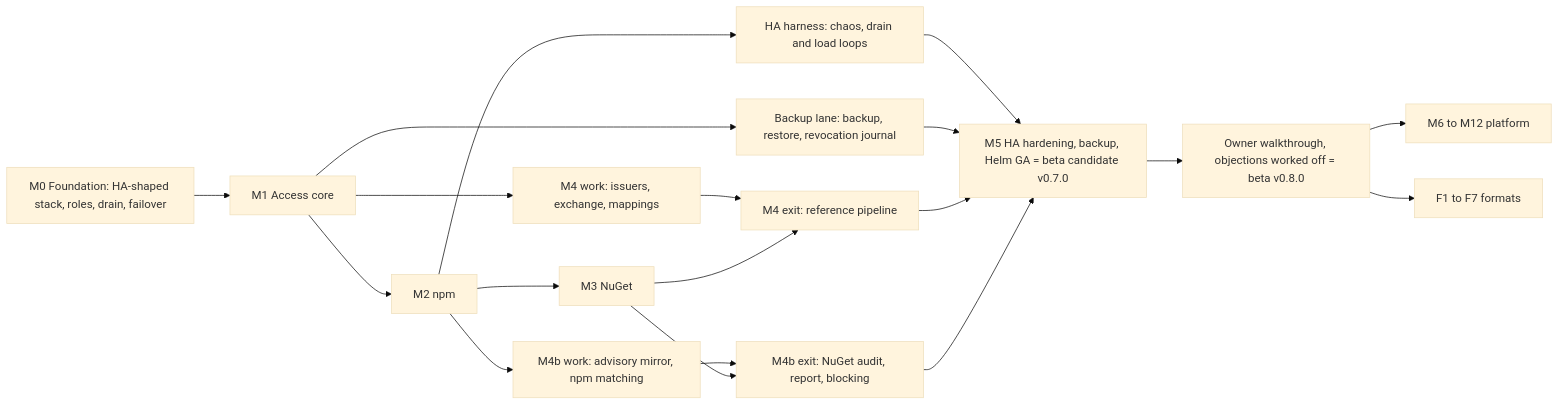
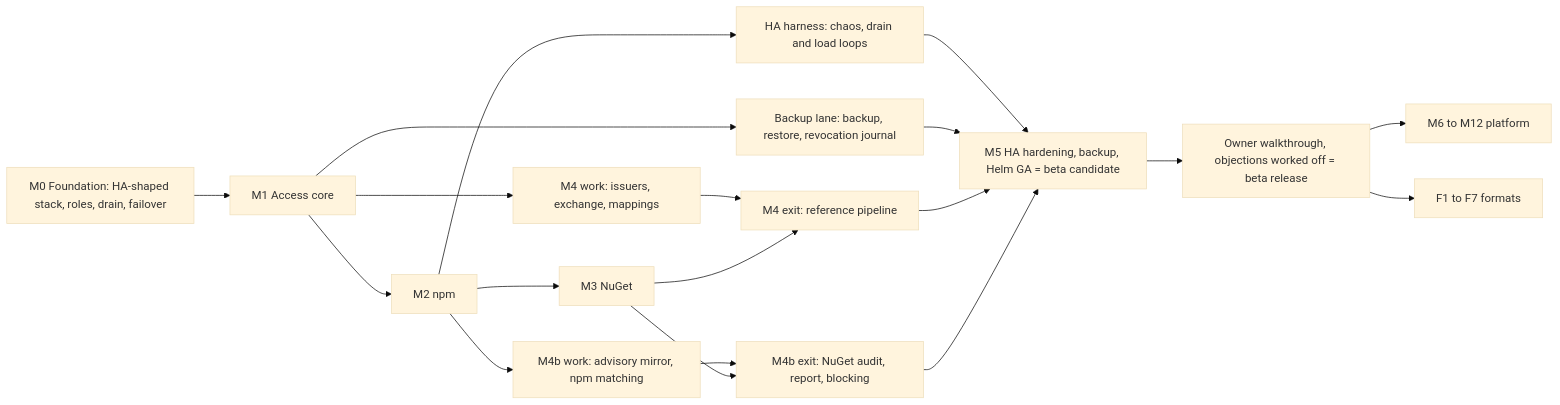
The diagram in docs/coverage/roadmap.md (guided-traffic/trove), drawn with Mermaid (base theme) before and after one commit. The commit also changed other lines of this file and 15 other files, not shown here.

````diff
--- a/docs/coverage/roadmap.md
+++ b/docs/coverage/roadmap.md
@@ -145,21 +149,21 @@
 ```mermaid
 flowchart LR
   M0["M0 Foundation: HA-shaped stack, roles, drain, failover"] --> M1["M1 Access core"]
   M1 --> M2["M2 npm"]
   M2 --> M3["M3 NuGet"]
   M1 --> W4["M4 work: issuers, exchange, mappings"]
   W4 --> M4["M4 exit: reference pipeline"]
   M3 --> M4
   M2 --> V4["M4b work: advisory mirror, npm matching"]
   V4 --> V["M4b exit: NuGet audit, report, blocking"]
   M3 --> V
   M1 --> B["Backup lane: backup, restore, revocation journal"]
   M2 --> H["HA harness: chaos, drain and load loops"]
-  H --> M5["M5 HA hardening, backup, Helm GA = beta candidate v0.7.0"]
+  H --> M5["M5 HA hardening, backup, Helm GA = beta candidate"]
   B --> M5
   M4 --> M5
   V --> M5
-  M5 --> R["Owner walkthrough, objections worked off = beta v0.8.0"]
+  M5 --> R["Owner walkthrough, objections worked off = beta release"]
   R --> P1["M6 to M12 platform"]
   R --> F["F1 to F7 formats"]
 ```
````
